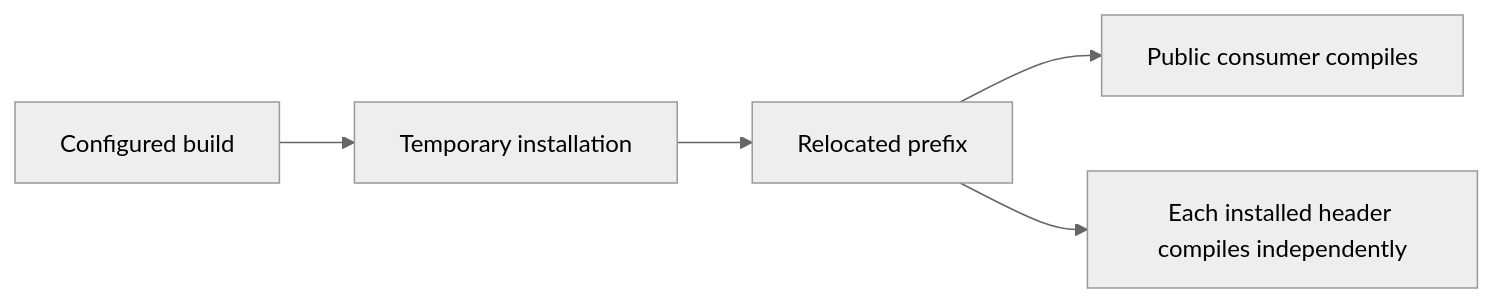
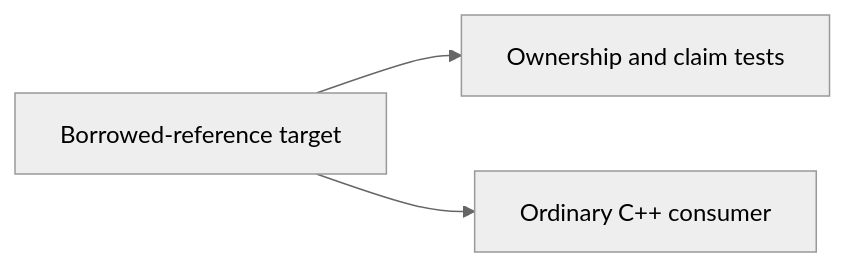
Before and after one commit to Vokerlee/wiola-player: the diagram in src/foundation/borrowed_reference/tests/README.md, drawn with Mermaid (neutral theme). The commit also changed other lines of this file and 83 other files, not shown here.

````diff
--- a/src/foundation/borrowed_reference/tests/README.md
+++ b/src/foundation/borrowed_reference/tests/README.md
@@ -5,7 +5,5 @@
 ```mermaid
 flowchart LR
-  Build[Configured build] --> Install[Temporary installation]
-  Install --> Relocate[Relocated prefix]
-  Relocate --> Public[Public consumer compiles]
-  Relocate --> Headers[Each installed header compiles independently]
+    Public[Borrowed-reference target] --> Contracts[Ownership and claim tests]
+    Public --> Consumer[Ordinary C++ consumer]
 ```
````
